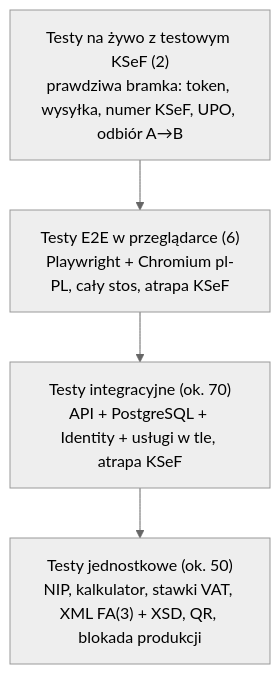
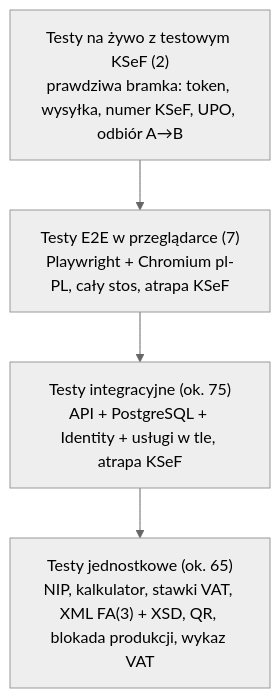
One commit to Kacper-Murawski/Fakturowanie-KSeF changed the diagram in docs/testy.md. Above: the diagram before and after it, drawn with Mermaid (neutral theme). The commit also changed other lines of this file and 24 other files, not shown here.

First line of the commit message:
Dane kontrahenta z wykazu podatników VAT (Biała lista MF) po NIP

````diff
--- a/docs/testy.md
+++ b/docs/testy.md
@@ -9,8 +9,8 @@
 ```mermaid
 flowchart TB
     L["Testy na żywo z testowym KSeF (2)<br/>prawdziwa bramka: token, wysyłka, numer KSeF, UPO, odbiór A→B"]
-    E["Testy E2E w przeglądarce (6)<br/>Playwright + Chromium pl-PL, cały stos, atrapa KSeF"]
-    I["Testy integracyjne (ok. 70)<br/>API + PostgreSQL + Identity + usługi w tle, atrapa KSeF"]
-    U["Testy jednostkowe (ok. 50)<br/>NIP, kalkulator, stawki VAT, XML FA(3) + XSD, QR, blokada produkcji"]
+    E["Testy E2E w przeglądarce (7)<br/>Playwright + Chromium pl-PL, cały stos, atrapa KSeF"]
+    I["Testy integracyjne (ok. 75)<br/>API + PostgreSQL + Identity + usługi w tle, atrapa KSeF"]
+    U["Testy jednostkowe (ok. 65)<br/>NIP, kalkulator, stawki VAT, XML FA(3) + XSD, QR, blokada produkcji, wykaz VAT"]
     L --> E --> I --> U
 ```
````
